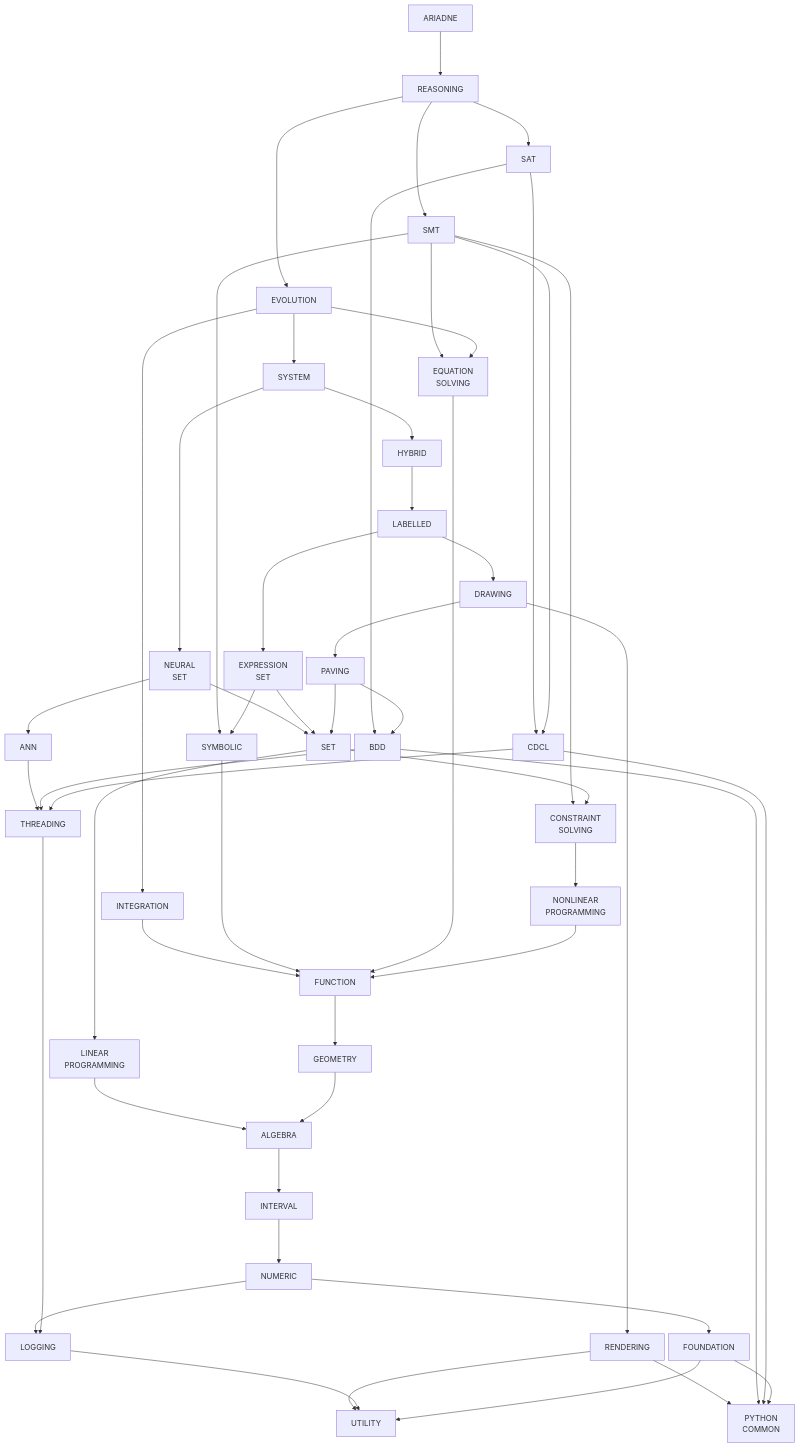
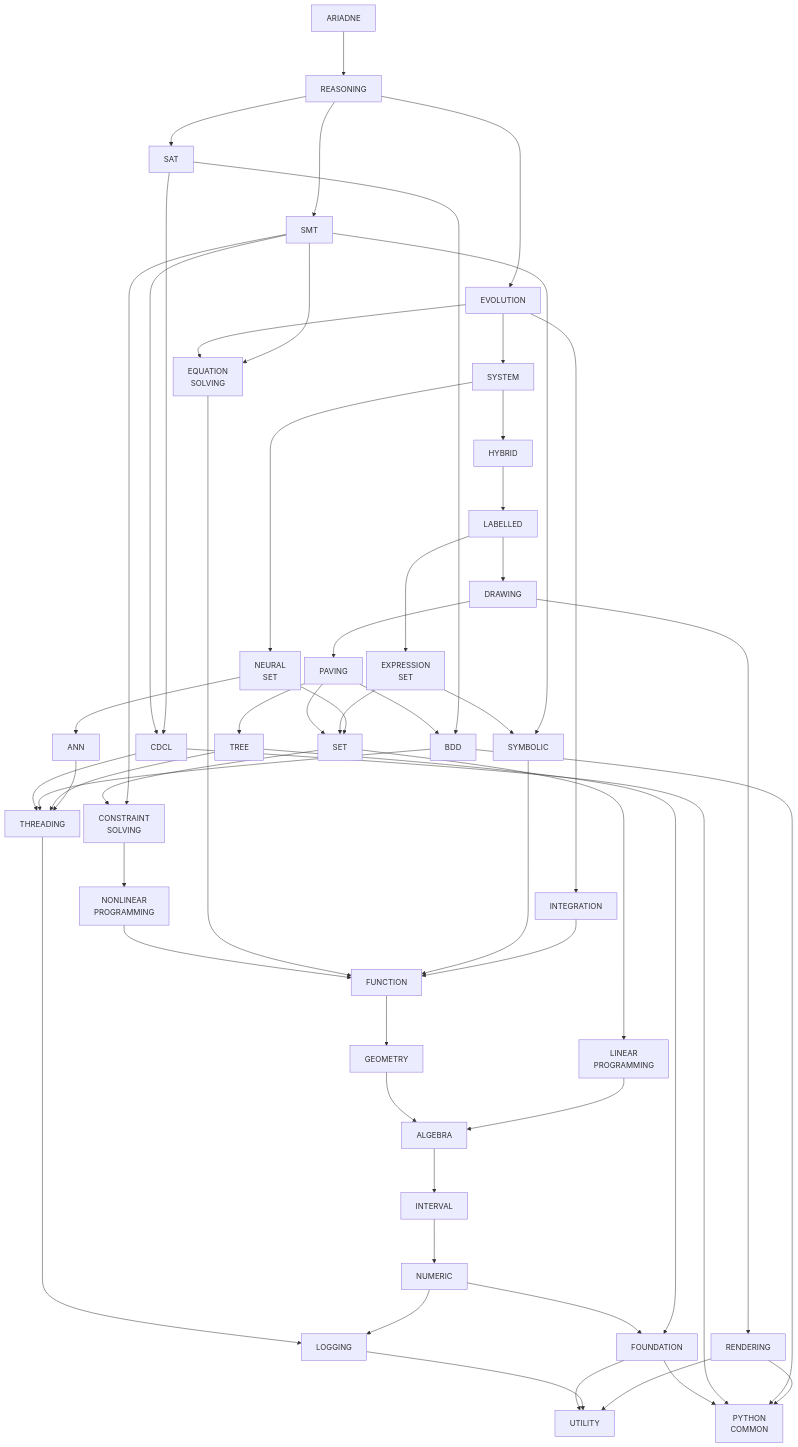
Before and after one commit to ariadne-cps/ariadne: the diagram in doc/structure.md, drawn with Mermaid. The commit also changed other lines of this file, not shown here.

Commit message:
docs: add tree dependency to structure graph and consistency rules

```diff
--- a/doc/structure.md
+++ b/doc/structure.md
@@ -18,6 +18,7 @@
     drawing["DRAWING"]
     expression_set["EXPRESSION<br/>SET"]
     paving["PAVING"]
+    tree["TREE"]
     set["SET"]
     ann["ANN"]
     symbolic["SYMBOLIC"]
@@ -74,6 +75,9 @@
     drawing --> paving
     paving --> set
     paving --> bdd
+    paving --> tree
+    tree --> foundation
+    tree --> threading
     set --> linear_programming
     set --> constraint_solving
 
```
